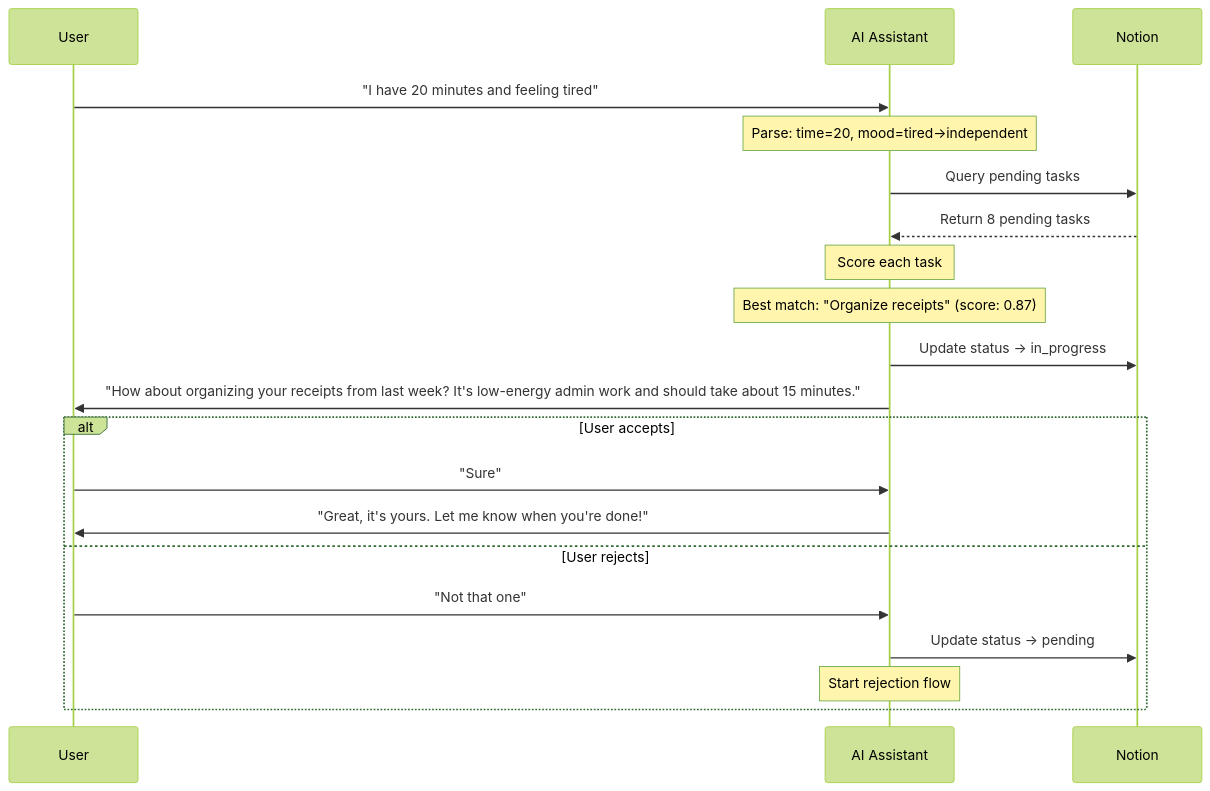
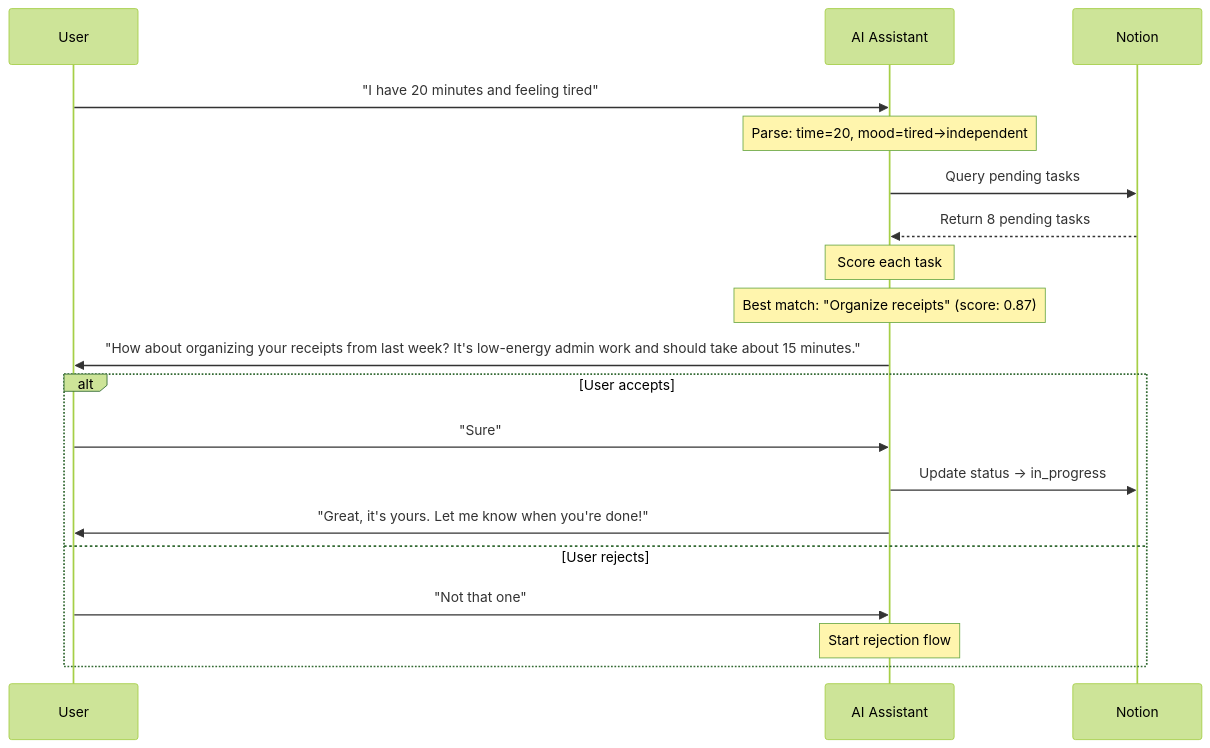
One commit to NickBorgersProbably/hide-my-list changed the fifth of 28 diagrams in docs/user-interactions.md. Above: the diagram before and after it, drawn with Mermaid (forest theme). The commit also changed other lines of this file and 11 other files, not shown here.

````diff
--- a/docs/user-interactions.md
+++ b/docs/user-interactions.md
@@ -126,28 +126,27 @@
 ```mermaid
 sequenceDiagram
     participant U as User
     participant AI as AI Assistant
     participant N as Notion
 
     U->>AI: "I have 20 minutes and feeling tired"
 
     Note over AI: Parse: time=20, mood=tired→independent
 
     AI->>N: Query pending tasks
     N-->>AI: Return 8 pending tasks
 
     Note over AI: Score each task
     Note over AI: Best match: "Organize receipts" (score: 0.87)
 
-    AI->>N: Update status → in_progress
     AI->>U: "How about organizing your receipts from last week? It's low-energy admin work and should take about 15 minutes."
 
     alt User accepts
         U->>AI: "Sure"
+        AI->>N: Update status → in_progress
         AI->>U: "Great, it's yours. Let me know when you're done!"
     else User rejects
         U->>AI: "Not that one"
-        AI->>N: Update status → pending
         Note over AI: Start rejection flow
     end
 ```
````
